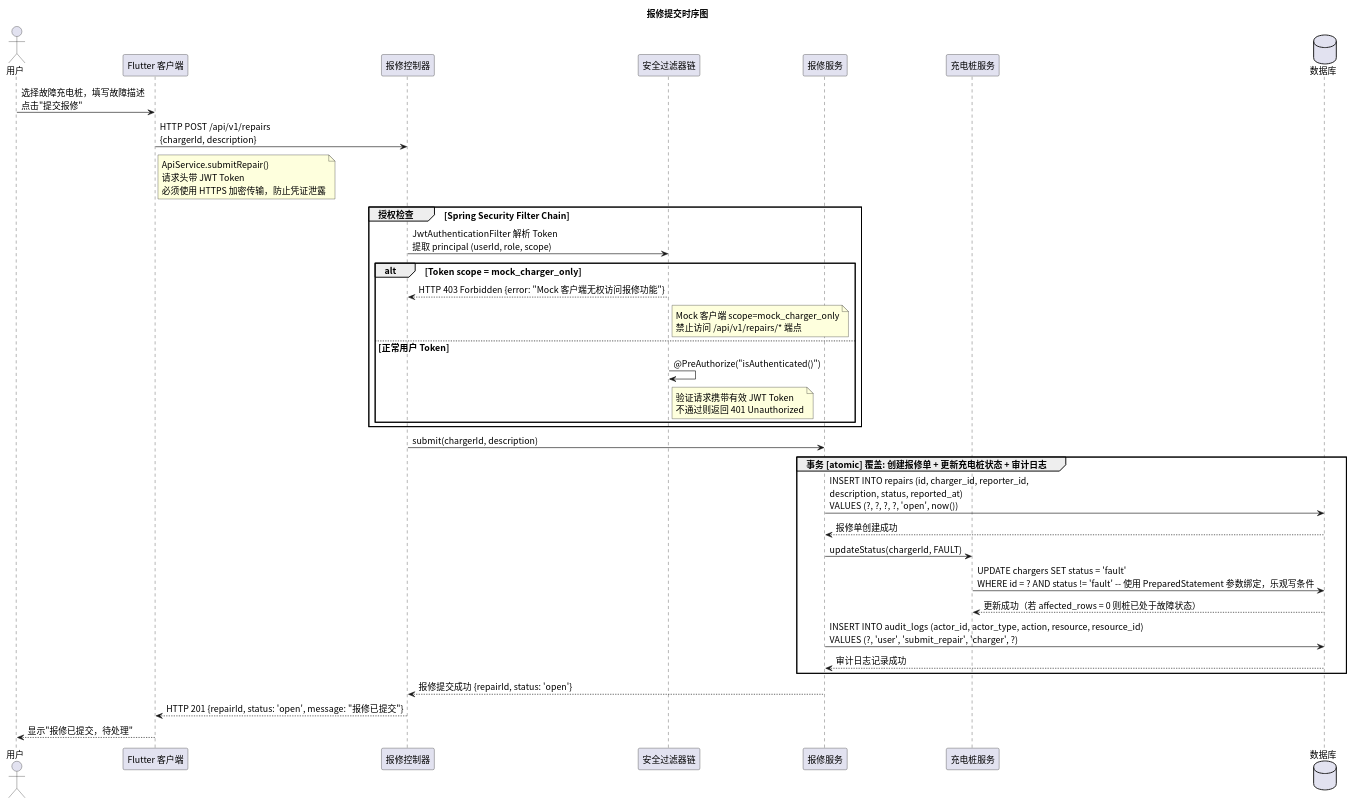
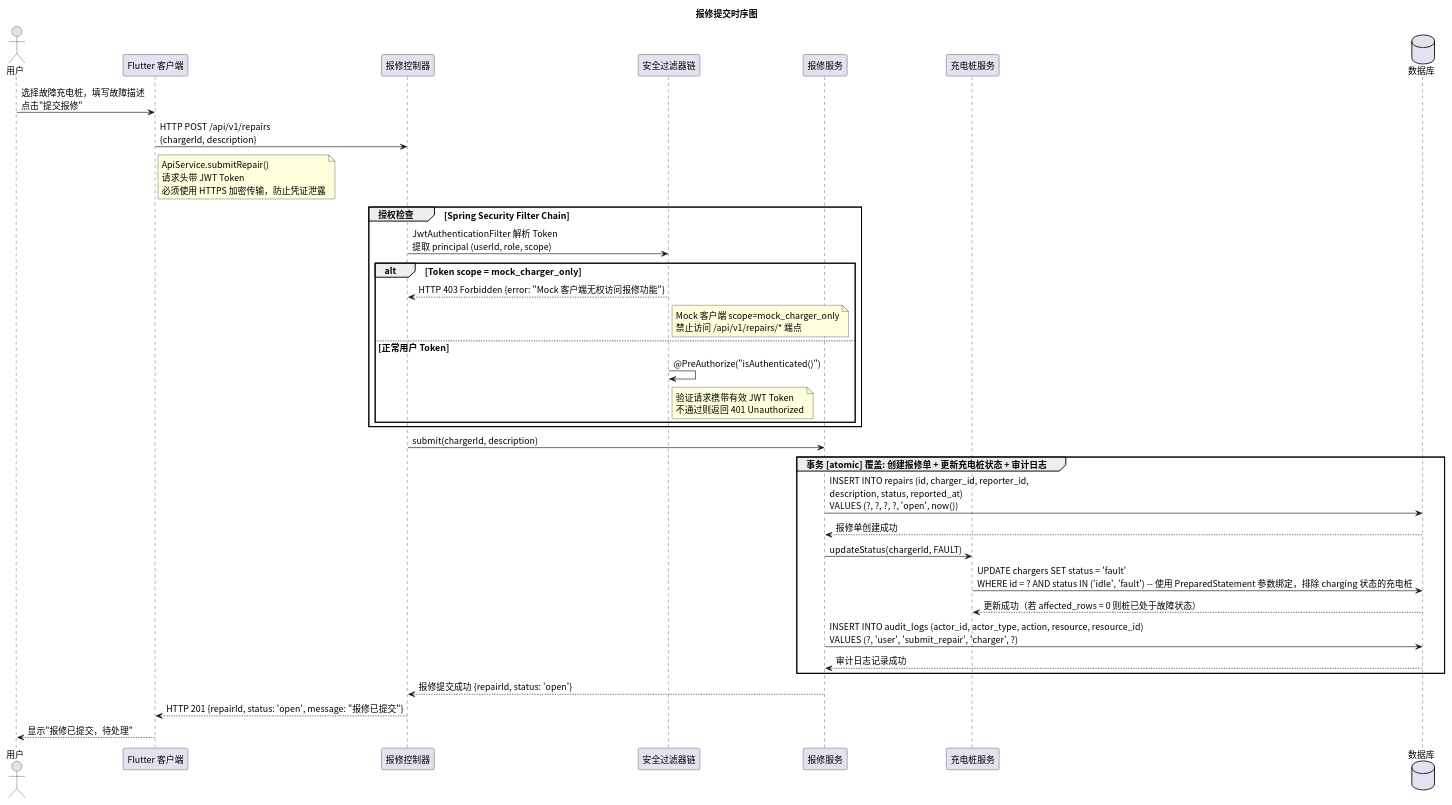
The diagram in time/src/sequence_repair_submit.puml (greenhandzdl/charging-station-doc), drawn with PlantUML before and after one commit. The commit also changed 12 other files, not shown here.

```diff
--- a/time/src/sequence_repair_submit.puml
+++ b/time/src/sequence_repair_submit.puml
@@ -1,48 +1,48 @@
 @startuml
 skinparam defaultFontName "Noto Sans CJK SC"
 skinparam defaultFontSize 14
 title 报修提交时序图
 
 ' 所有 SQL 操作使用 PreparedStatement 参数绑定，禁止字符串拼接
 actor 用户 as U
 participant "Flutter 客户端" as FE
 participant "报修控制器" as Ctrl
 participant "安全过滤器链" as Security
 participant "报修服务" as RS
 participant "充电桩服务" as CS
 database 数据库 as DB
 
 U -> FE: 选择故障充电桩，填写故障描述\n点击"提交报修"
 FE -> Ctrl: HTTP POST /api/v1/repairs\n{chargerId, description}
 note right FE : ApiService.submitRepair()\n请求头带 JWT Token\n必须使用 HTTPS 加密传输，防止凭证泄露
 
 group 授权检查 [Spring Security Filter Chain]
   Ctrl -> Security: JwtAuthenticationFilter 解析 Token\n提取 principal (userId, role, scope)
 
   alt Token scope = mock_charger_only
     Security --> Ctrl: HTTP 403 Forbidden {error: "Mock 客户端无权访问报修功能"}
     note right Security : Mock 客户端 scope=mock_charger_only\n禁止访问 /api/v1/repairs/* 端点
   else 正常用户 Token
     Security -> Security: @PreAuthorize("isAuthenticated()")
     note right Security : 验证请求携带有效 JWT Token\n不通过则返回 401 Unauthorized
   end
 end
 
 Ctrl -> RS: submit(chargerId, description)
 
 group 事务 [atomic] 覆盖: 创建报修单 + 更新充电桩状态 + 审计日志
   RS -> DB: INSERT INTO repairs (id, charger_id, reporter_id,\ndescription, status, reported_at)\nVALUES (?, ?, ?, ?, 'open', now())
   DB --> RS: 报修单创建成功
 
   RS -> CS: updateStatus(chargerId, FAULT)
-  CS -> DB: UPDATE chargers SET status = 'fault'\nWHERE id = ? AND status != 'fault' -- 使用 PreparedStatement 参数绑定，乐观写条件
+  CS -> DB: UPDATE chargers SET status = 'fault'\nWHERE id = ? AND status IN ('idle', 'fault') -- 使用 PreparedStatement 参数绑定，排除 charging 状态的充电桩
   DB --> CS: 更新成功（若 affected_rows = 0 则桩已处于故障状态）
 
   RS -> DB: INSERT INTO audit_logs (actor_id, actor_type, action, resource, resource_id)\nVALUES (?, 'user', 'submit_repair', 'charger', ?)
   DB --> RS: 审计日志记录成功
 end
 
 RS --> Ctrl: 报修提交成功 {repairId, status: 'open'}
 Ctrl --> FE: HTTP 201 {repairId, status: 'open', message: "报修已提交"}
 FE --> U: 显示"报修已提交，待处理"
 @enduml
```
